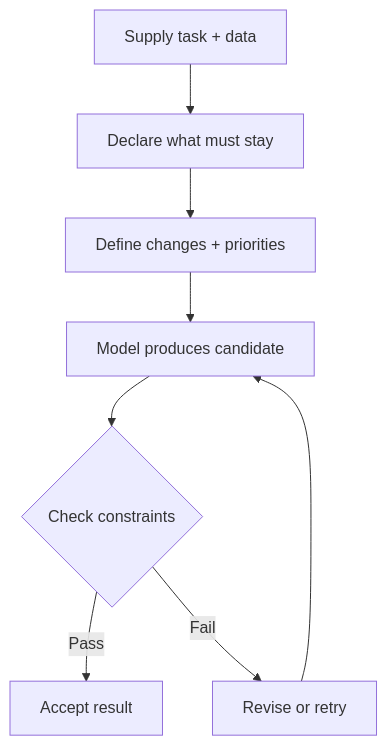
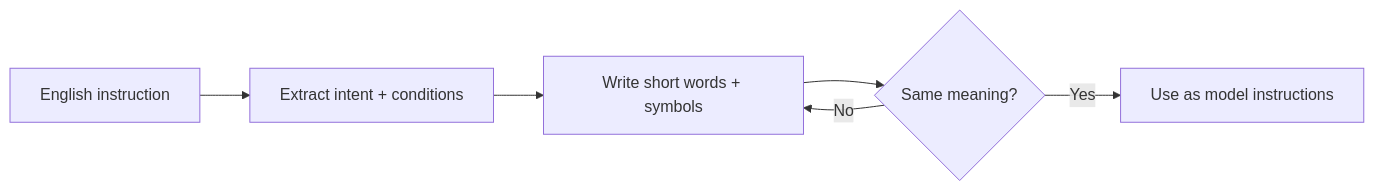
One commit to pisakhov/x-syntax changed the diagram in README.md. Above: the diagram before and after it, drawn with Mermaid. The commit also changed other lines of this file and 6 other files, not shown here.

Commit message:
docs: explain X Syntax as English-to-symbolic instruction writing

````diff
--- a/README.md
+++ b/README.md
@@ -38,10 +59,8 @@
 ```mermaid
-flowchart TD
-    A[Supply task + data] --> B[Declare what must stay]
-    B --> C[Define changes + priorities]
-    C --> D[Model produces candidate]
-    D --> E{Check constraints}
-    E -->|Pass| F[Accept result]
-    E -->|Fail| G[Revise or retry]
-    G --> D
+flowchart LR
+    A[English instruction] --> B[Extract intent + conditions]
+    B --> C[Write short words + symbols]
+    C --> D{Same meaning?}
+    D -->|Yes| E[Use as model instructions]
+    D -->|No| C
 ```
````
